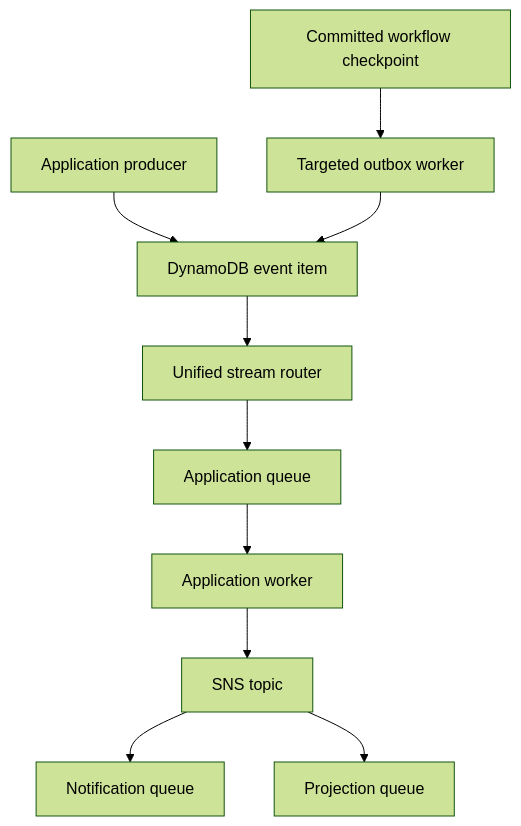
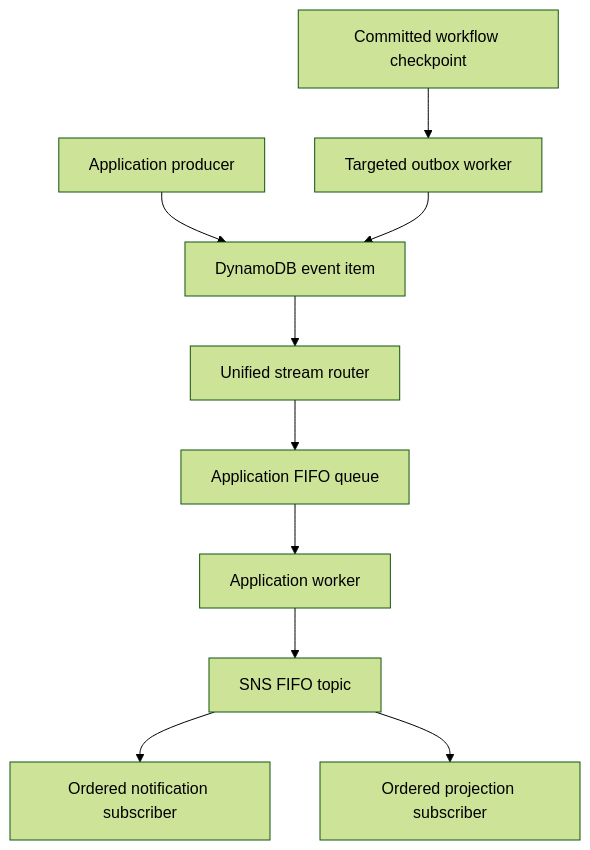
One commit to ataylorme/tanstack-workflow-aws changed the diagram in docs/application-events.md. Above: the diagram before and after it, drawn with Mermaid (forest theme). The commit also changed other lines of this file and 29 other files, not shown here.

````diff
--- a/docs/application-events.md
+++ b/docs/application-events.md
@@ -5,12 +5,12 @@
 ```mermaid
 flowchart TD
   Log["Committed workflow checkpoint"] --> Outbox["Targeted outbox worker"]
   Producer["Application producer"] --> Events["DynamoDB event item"]
   Outbox --> Events
   Events --> Router["Unified stream router"]
-  Router --> Queue["Application queue"]
+  Router --> Queue["Application FIFO queue"]
   Queue --> Worker["Application worker"]
-  Worker --> Topic["SNS topic"]
-  Topic --> Notifications["Notification queue"]
-  Topic --> Projections["Projection queue"]
+  Worker --> Topic["SNS FIFO topic"]
+  Topic --> Notifications["Ordered notification subscriber"]
+  Topic --> Projections["Ordered projection subscriber"]
 ```
````
